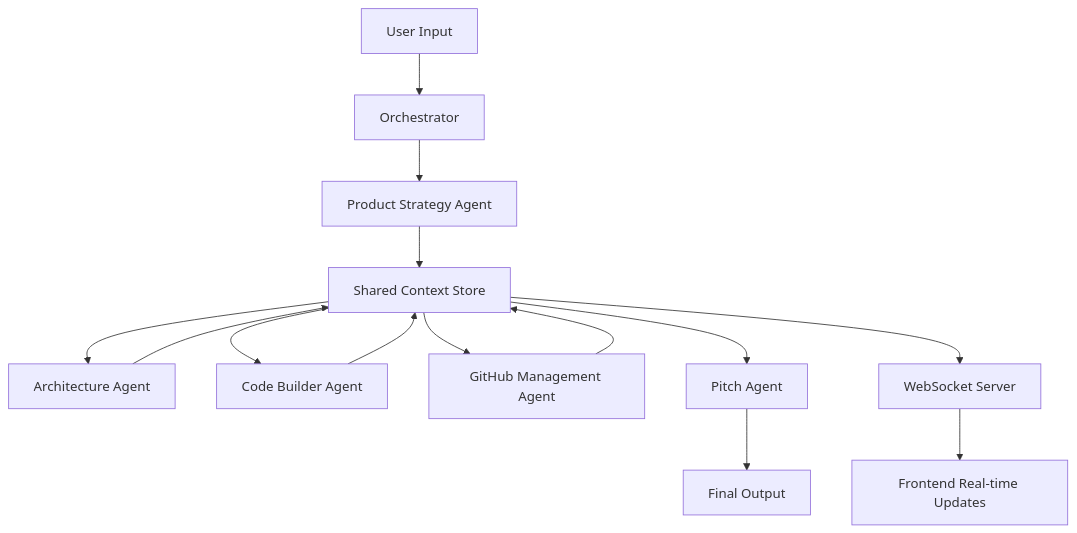
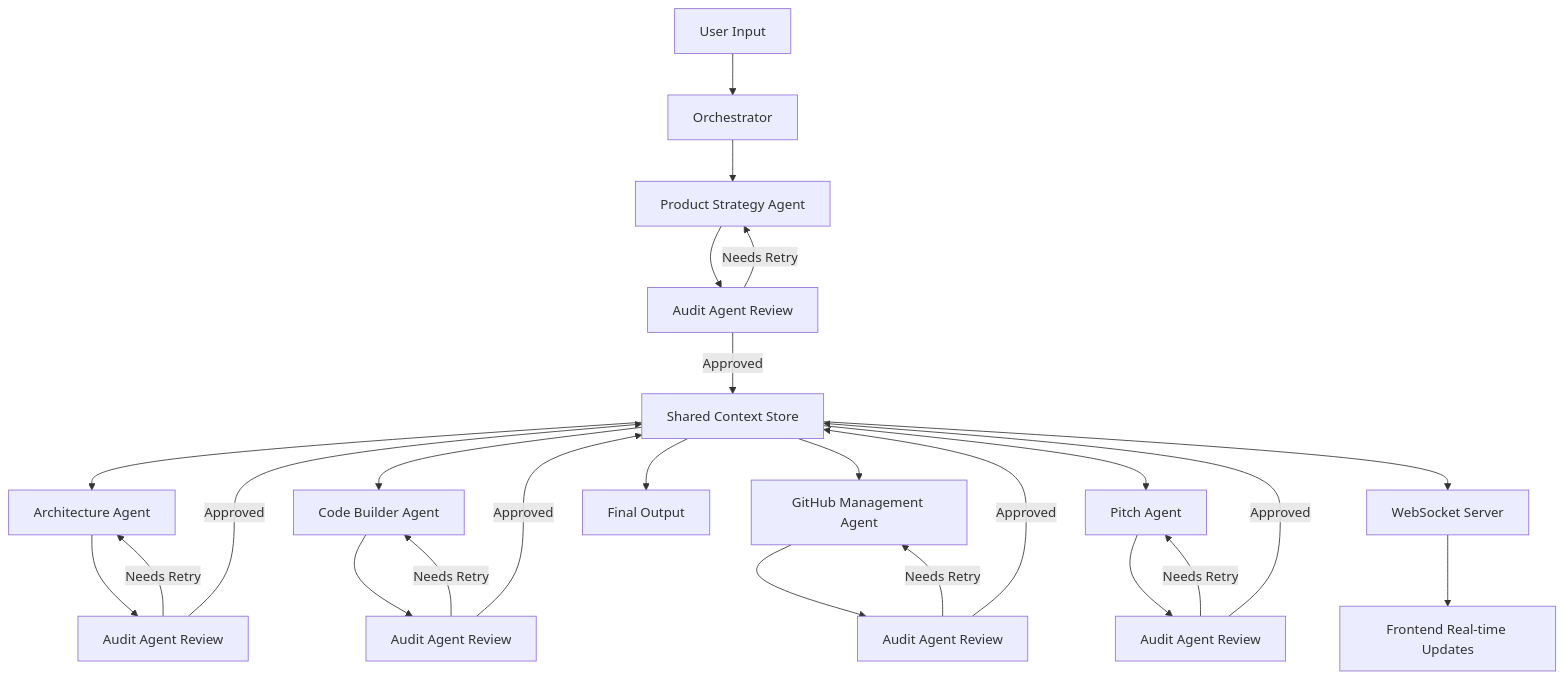
Before and after one commit to grsanudeep42-cmd/Orkestrai: the diagram in ORCHESTRAI_ARCHITECTURE.md, drawn with Mermaid. The commit also changed other lines of this file and 86 other files, not shown here.

````diff
--- a/ORCHESTRAI_ARCHITECTURE.md
+++ b/ORCHESTRAI_ARCHITECTURE.md
@@ -249,17 +253,28 @@
 ```mermaid
 graph TD
     A[User Input] --> B[Orchestrator]
     B --> C[Product Strategy Agent]
-    C --> D[Shared Context Store]
+    C --> AR[Audit Agent Review]
+    AR -->|Needs Retry| C
+    AR -->|Approved| D[Shared Context Store]
     D --> E[Architecture Agent]
-    E --> D
+    E --> AR2[Audit Agent Review]
+    AR2 -->|Needs Retry| E
+    AR2 -->|Approved| D
     D --> F[Code Builder Agent]
-    F --> D
+    F --> AR3[Audit Agent Review]
+    AR3 -->|Needs Retry| F
+    AR3 -->|Approved| D
     D --> G[GitHub Management Agent]
-    G --> D
+    G --> AR4[Audit Agent Review]
+    AR4 -->|Needs Retry| G
+    AR4 -->|Approved| D
     D --> H[Pitch Agent]
-    H --> I[Final Output]
+    H --> AR5[Audit Agent Review]
+    AR5 -->|Needs Retry| H
+    AR5 -->|Approved| D
+    D --> I[Final Output]
     
     D --> J[WebSocket Server]
     J --> K[Frontend Real-time Updates]
 ```
````
